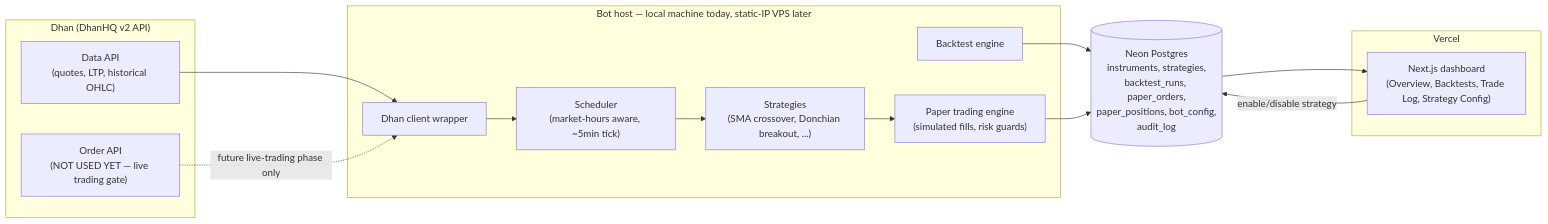
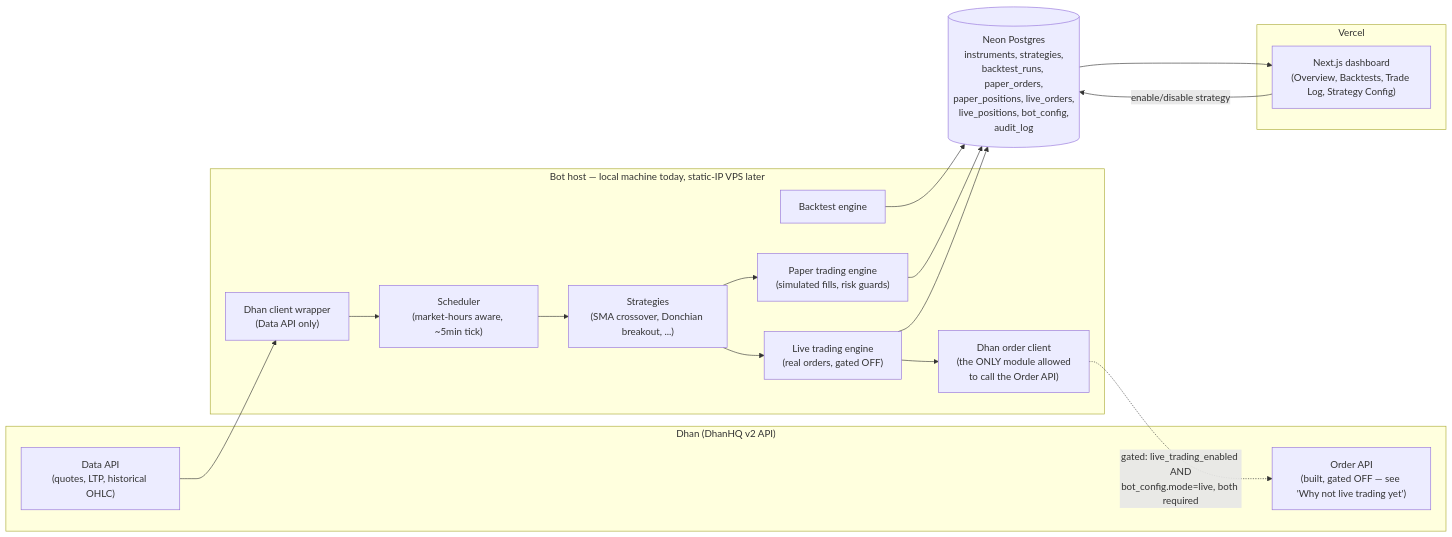
Before and after one commit to nowgrowmore/growmore: the diagram in docs/architecture.md, drawn with Mermaid. The commit also changed other lines of this file and 15 other files, not shown here.

````diff
--- a/docs/architecture.md
+++ b/docs/architecture.md
@@ -5,29 +5,34 @@
 ```mermaid
 flowchart LR
     subgraph Dhan["Dhan (DhanHQ v2 API)"]
         DataAPI["Data API\n(quotes, LTP, historical OHLC)"]
-        OrderAPI["Order API\n(NOT USED YET — live trading gate)"]
+        OrderAPI["Order API\n(built, gated OFF — see 'Why not live trading yet')"]
     end
 
     subgraph BotHost["Bot host — local machine today, static-IP VPS later"]
         Scheduler["Scheduler\n(market-hours aware, ~5min tick)"]
         Strategies["Strategies\n(SMA crossover, Donchian breakout, ...)"]
         Backtest["Backtest engine"]
         Paper["Paper trading engine\n(simulated fills, risk guards)"]
-        Broker["Dhan client wrapper"]
+        Live["Live trading engine\n(real orders, gated OFF)"]
+        Broker["Dhan client wrapper\n(Data API only)"]
+        OrderClient["Dhan order client\n(the ONLY module allowed\nto call the Order API)"]
     end
 
-    DB[("Neon Postgres\ninstruments, strategies,\nbacktest_runs, paper_orders,\npaper_positions, bot_config,\naudit_log")]
+    DB[("Neon Postgres\ninstruments, strategies,\nbacktest_runs, paper_orders,\npaper_positions, live_orders,\nlive_positions, bot_config,\naudit_log")]
 
     subgraph Vercel["Vercel"]
         Dashboard["Next.js dashboard\n(Overview, Backtests, Trade Log, Strategy Config)"]
     end
 
     DataAPI --> Broker --> Scheduler
     Scheduler --> Strategies --> Paper
+    Strategies --> Live
     Backtest --> DB
     Paper --> DB
+    Live --> DB
+    Live --> OrderClient
+    OrderClient -. "gated: live_trading_enabled AND\nbot_config.mode=live, both required" .-> OrderAPI
     DB --> Dashboard
     Dashboard -- "enable/disable strategy" --> DB
-    OrderAPI -. "future live-trading phase only" .-> Broker
 ```
````
